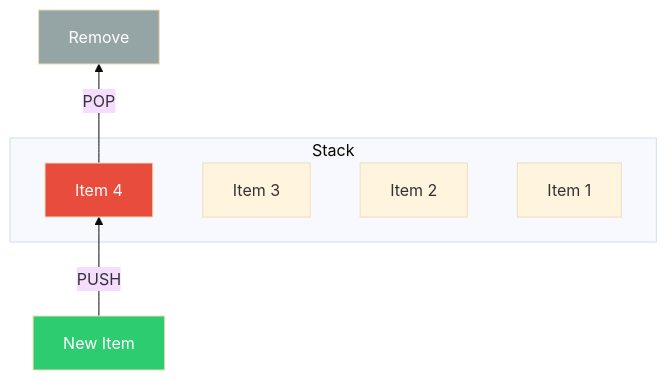
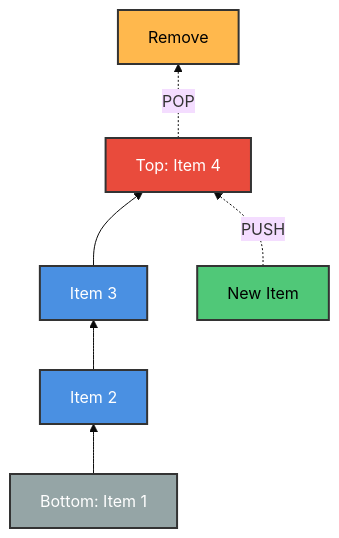
Before and after one commit to M-F-Tushar/CSE-2101-Data-Structure: the ninth of 14 diagrams in Chapter 1 - Introduction and Overview/README.md, drawn with Mermaid (base theme). The commit also changed other lines of this file, not shown here.

````diff
--- a/Chapter 1 - Introduction and Overview/README.md
+++ b/Chapter 1 - Introduction and Overview/README.md
@@ -632,18 +570,16 @@
 ```mermaid
 graph BT
-    subgraph Stack
-        D[Item 4]
-        C[Item 3]
-        B[Item 2]
-        A[Item 1]
-    end
+    BOTTOM["Bottom: Item 1"] --> MID1["Item 2"]
+    MID1 --> MID2["Item 3"]
+    MID2 --> TOP["Top: Item 4"]
     
-    New[New Item]
+    NEW["New Item"] -.->|PUSH| TOP
+    TOP -.->|POP| REMOVE["Remove"]
     
-    New -->|PUSH| D
-    D -->|POP| Out[Remove]
-    
-    style D fill:#e74c3c,color:#fff
-    style New fill:#2ecc71,color:#fff
-    style Out fill:#95a5a6,color:#fff
+    style BOTTOM fill:#95A5A6,stroke:#333,stroke-width:2px,color:#fff
+    style MID1 fill:#4A90E2,stroke:#333,stroke-width:2px,color:#fff
+    style MID2 fill:#4A90E2,stroke:#333,stroke-width:2px,color:#fff
+    style TOP fill:#E94B3C,stroke:#333,stroke-width:2px,color:#fff
+    style NEW fill:#50C878,stroke:#333,stroke-width:2px,color:#000
+    style REMOVE fill:#FFB84D,stroke:#333,stroke-width:2px,color:#000
 ```
````
